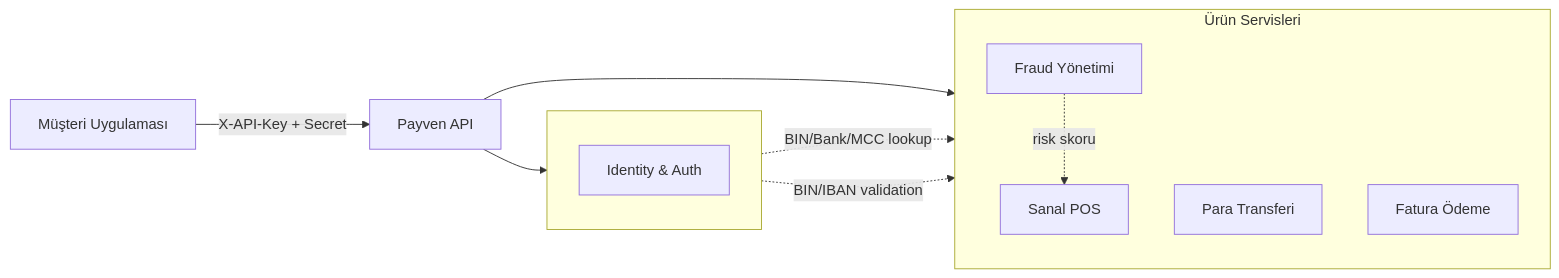
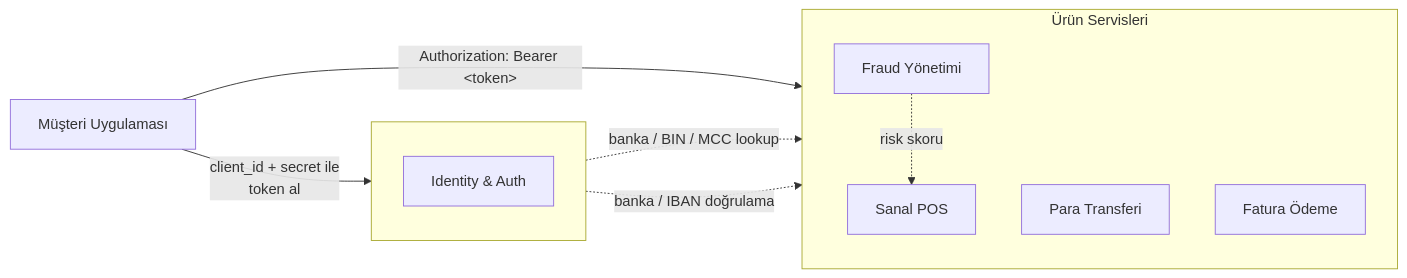
The first of 3 diagrams in documentation/architecture.mdx (payment-pos/mintlify), drawn with Mermaid before and after one commit. The commit also changed other lines of this file and 24 other files, not shown here.

````diff
--- a/documentation/architecture.mdx
+++ b/documentation/architecture.mdx
@@ -10,24 +10,23 @@
 ```mermaid
 flowchart LR
-    Client["Müşteri Uygulaması"] -->|"X-API-Key + Secret"| Gateway["Payven API"]
+    Client["Müşteri Uygulaması"]
+    Client -->|"client_id + secret ile<br/>token al"| Identity
+    Client -->|"Authorization: Bearer &lt;token&gt;"| Products
 
     subgraph Identity[" "]
       direction TB
       I["Identity & Auth"]
     end
 
     subgraph Products["Ürün Servisleri"]
       direction TB
       VPOS["Sanal POS"]
       Transfer["Para Transferi"]
       Fraud["Fraud Yönetimi"]
       Invoice["Fatura Ödeme"]
     end
 
-    Gateway --> Identity
-    Gateway --> Products
-
-    I -.->|"BIN/Bank/MCC lookup"| VPOS
-    I -.->|"BIN/IBAN validation"| Transfer
+    I -.->|"banka / BIN / MCC lookup"| VPOS
+    I -.->|"banka / IBAN doğrulama"| Transfer
     Fraud -.->|"risk skoru"| VPOS
 ```
````
